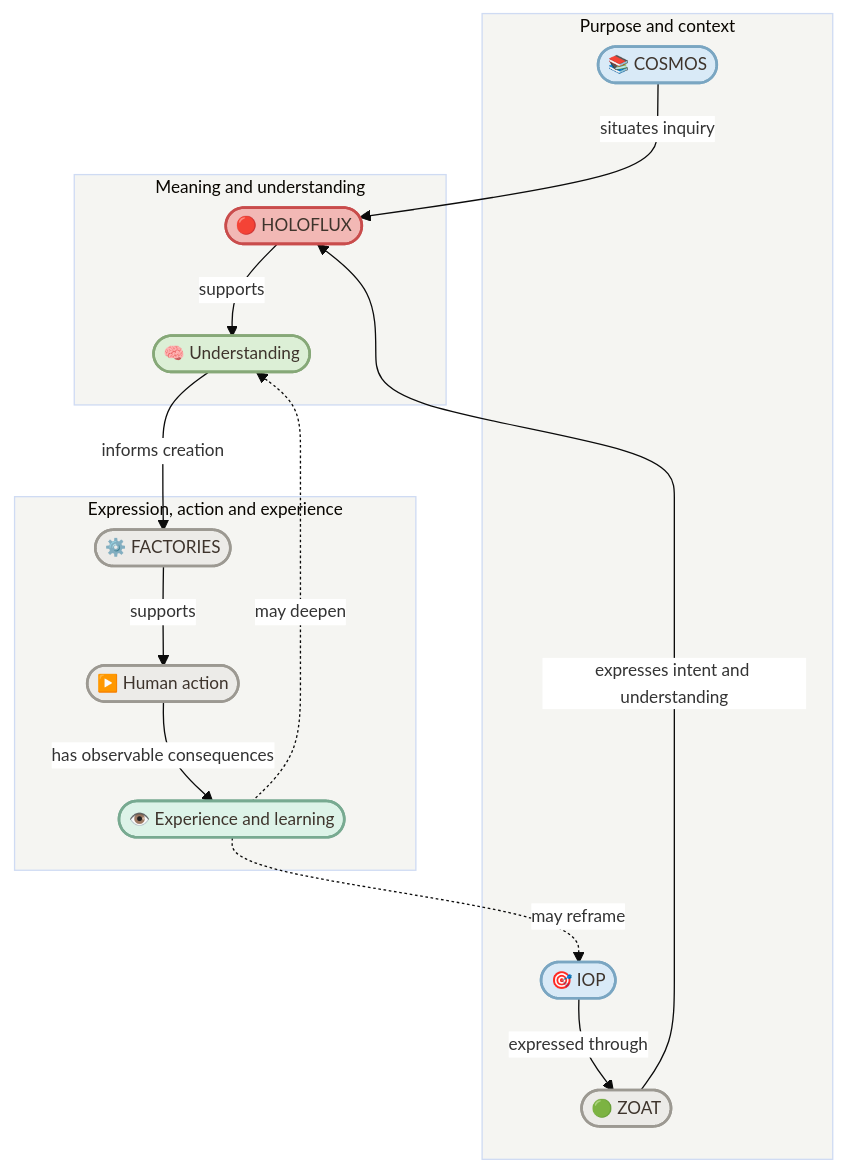
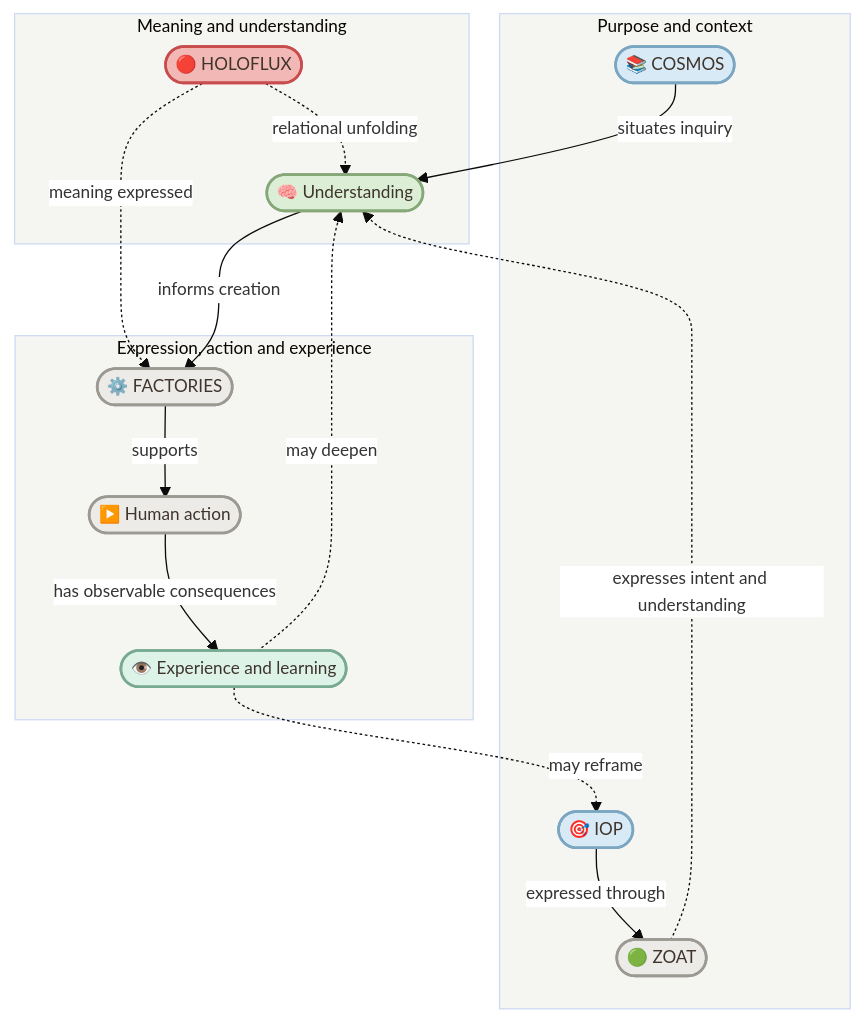
One commit to enogrob/project-holoflux changed the first of 2 diagrams in README.md. Above: the diagram before and after it, drawn with Mermaid. The commit also changed other lines of this file, not shown here.

````diff
--- a/README.md
+++ b/README.md
@@ -47,33 +49,34 @@
 ```mermaid
 %%{init: {"theme": "base", "themeVariables": {"fontSize": "13px", "clusterBkg": "#F5F5F2", "edgeLabelBackground": "#FFFFFF"}, "flowchart": {"wrappingWidth": 200, "minNodeWidth": 0, "padding": 8}}}%%
 flowchart TD
     subgraph Orientation["Purpose and context"]
       C([📚 COSMOS]):::context
       I([🎯 IOP]):::context
       Z([🟢 ZOAT]):::projection
     end
     subgraph Meaning["Meaning and understanding"]
       H([🔴 HOLOFLUX]):::holoflux
       U([🧠 Understanding]):::understanding
     end
     subgraph Realization["Expression, action and experience"]
       F([⚙️ FACTORIES]):::projection
       A([▶️ Human action]):::projection
       L([👁️ Experience and learning]):::observation
     end
     I -->|expressed through| Z
-    C -->|situates inquiry| H
-    Z -->|expresses intent and understanding| H
-    H -->|supports| U
+    C -->|situates inquiry| U
+    Z -.->|expresses intent and understanding| U
+    H -.->|relational unfolding| U
+    H -.->|meaning expressed| F
     U -->|informs creation| F
     F -->|supports| A
     A -->|has observable consequences| L
     L -. may deepen .-> U
     L -. may reframe .-> I
 
     classDef context fill:#D9EAF7,stroke:#7AA6C2,color:#3E342C,stroke-width:2px;
     classDef understanding fill:#DCEFD6,stroke:#86A878,color:#3E342C,stroke-width:2px;
     classDef holoflux fill:#F2B8B5,stroke:#C94C4C,color:#3E342C,stroke-width:2px;
     classDef projection fill:#ECEBE8,stroke:#9C9992,color:#3E342C,stroke-width:2px;
     classDef observation fill:#DDF3E8,stroke:#78AA91,color:#3E342C,stroke-width:2px;
 ```
````
